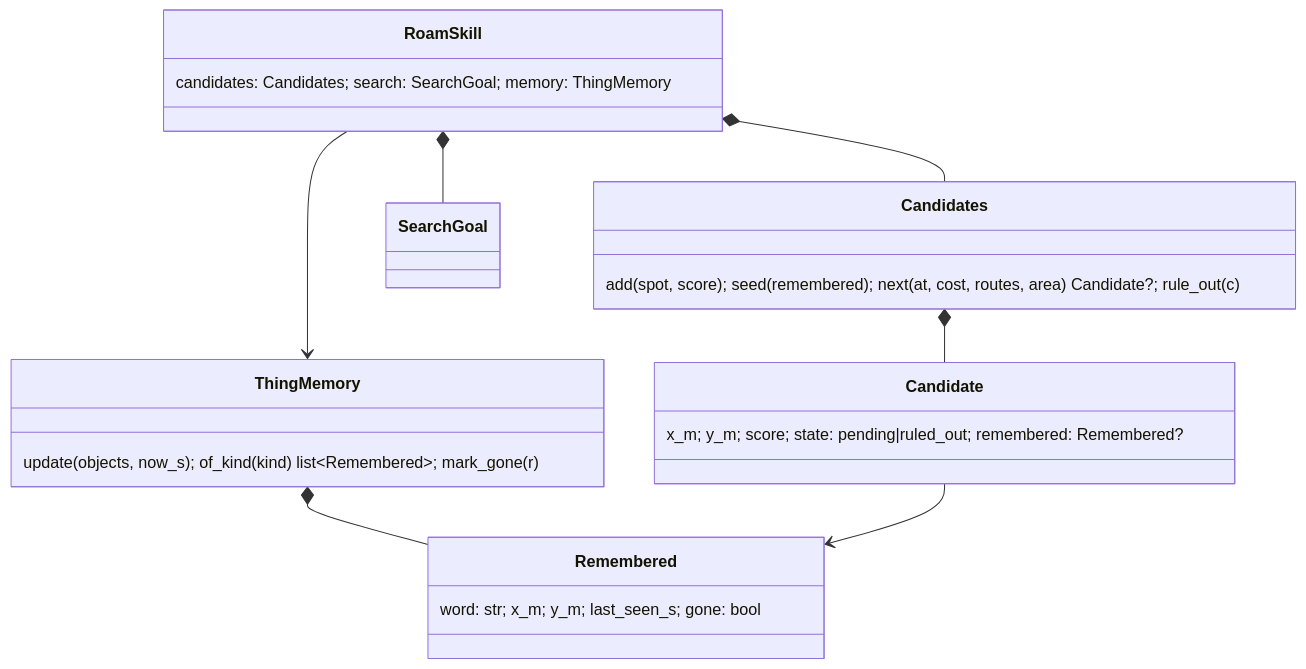
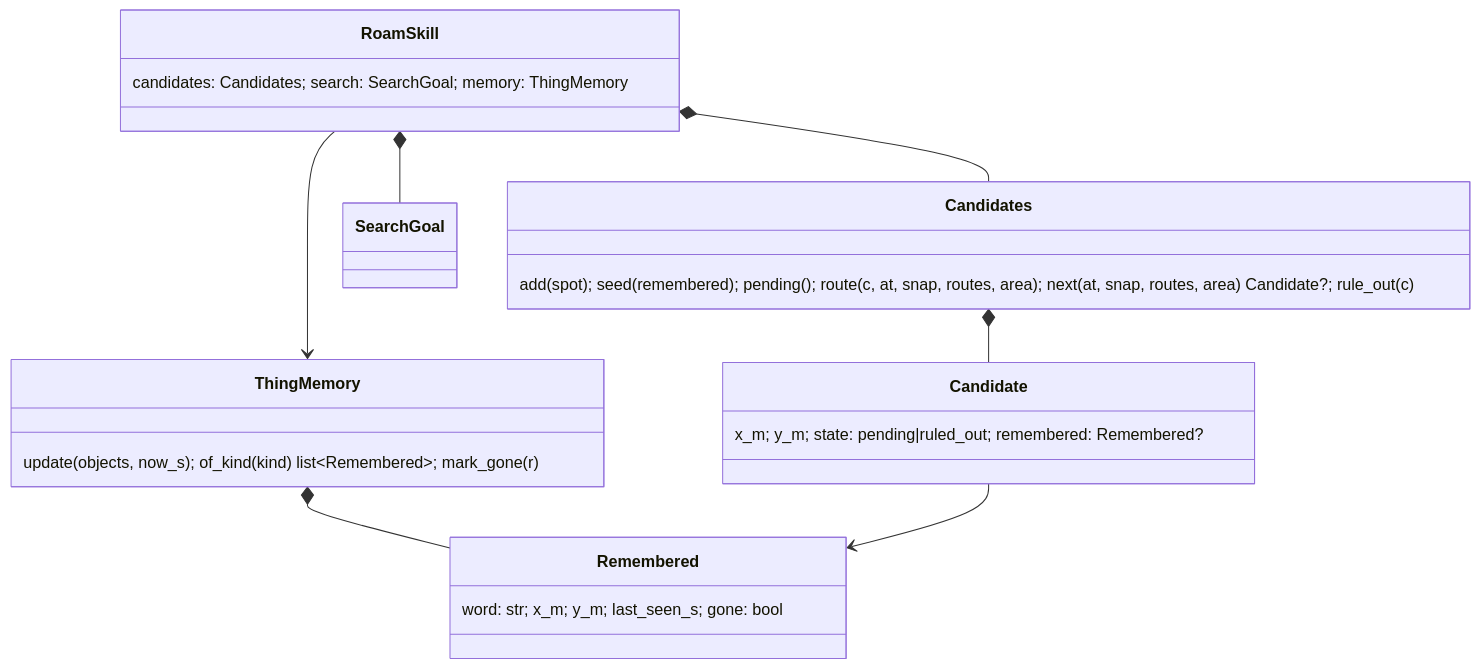
One commit to mannuray/conqueror changed diagram 39 of 40 in docs/lld/ai-engine-lld.md. Above: the diagram before and after it, drawn with Mermaid. The commit also changed other lines of this file and 10 other files, not shown here.

````diff
--- a/docs/lld/ai-engine-lld.md
+++ b/docs/lld/ai-engine-lld.md
@@ -2061,14 +2061,14 @@
 ```mermaid
 classDiagram
     class Remembered { word: str; x_m; y_m; last_seen_s; gone: bool }
     class ThingMemory { update(objects, now_s); of_kind(kind) list~Remembered~; mark_gone(r) }
-    class Candidate { x_m; y_m; score; state: pending|ruled_out; remembered: Remembered? }
-    class Candidates { add(spot, score); seed(remembered); next(at, cost, routes, area) Candidate?; rule_out(c) }
+    class Candidate { x_m; y_m; state: pending|ruled_out; remembered: Remembered? }
+    class Candidates { add(spot); seed(remembered); pending(); route(c, at, snap, routes, area); next(at, snap, routes, area) Candidate?; rule_out(c) }
     class RoamSkill { candidates: Candidates; search: SearchGoal; memory: ThingMemory }
     ThingMemory *-- Remembered
     Candidates *-- Candidate
     Candidate --> Remembered
     RoamSkill *-- Candidates
     RoamSkill *-- SearchGoal
     RoamSkill --> ThingMemory
 ```
````
